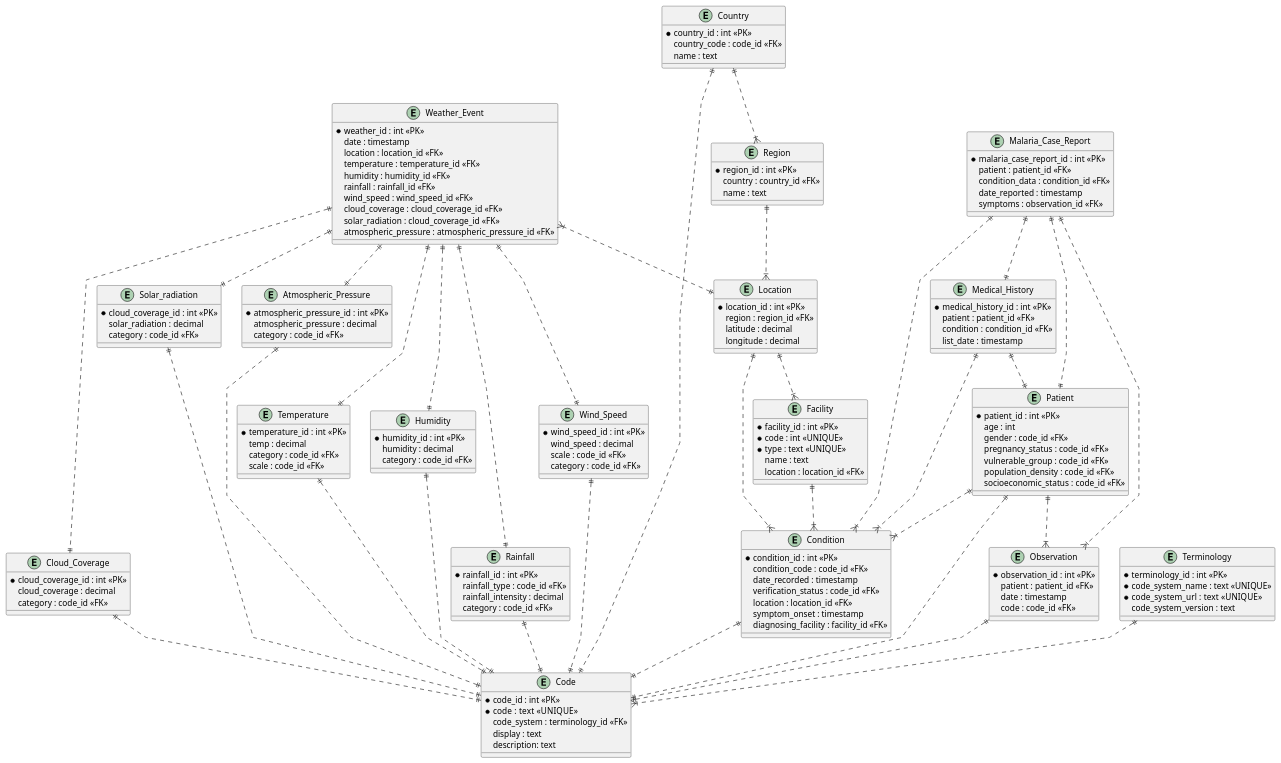
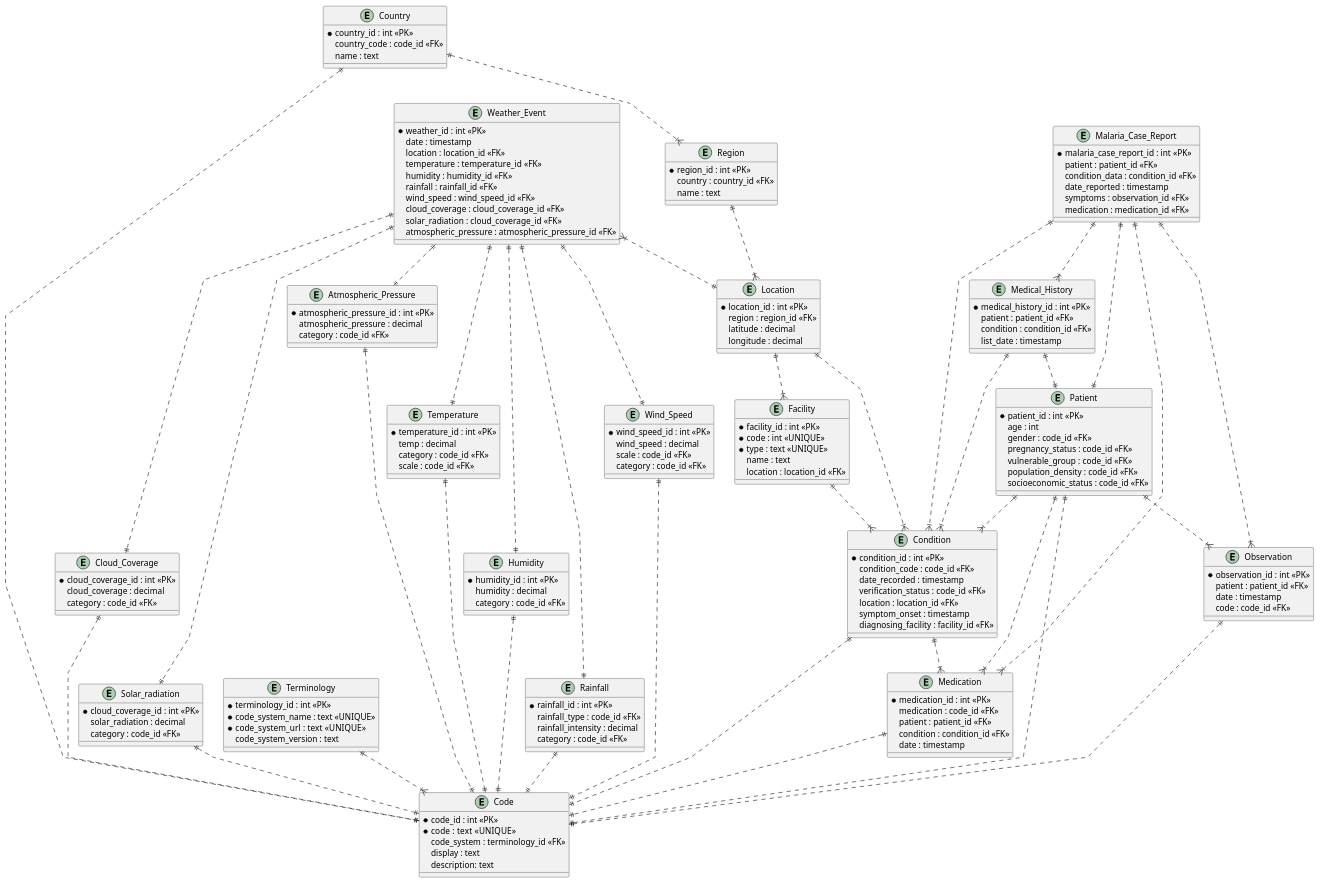
One commit to rmrlangford/One-Health changed the diagram in One Health ERD.plantuml. Above: the diagram before and after it, drawn with PlantUML.

Commit message:
Update One Health ERD.plantuml

```diff
--- a/One Health ERD.plantuml
+++ b/One Health ERD.plantuml
@@ -1,183 +1,196 @@
 @startuml
 
 ' avoid problems with angled crows feet
 'skinparam linetype ortho
 skinparam linetype polyline
 
 entity "Weather_Event" as e01 {
     *weather_id : int <<PK>>
     date : timestamp
     location : location_id <<FK>>
     temperature : temperature_id <<FK>>
     humidity : humidity_id <<FK>>
     rainfall : rainfall_id <<FK>>
     wind_speed : wind_speed_id <<FK>>
     cloud_coverage : cloud_coverage_id <<FK>>
     solar_radiation : cloud_coverage_id <<FK>>
     atmospheric_pressure : atmospheric_pressure_id <<FK>>
 }
 
 entity "Temperature" as e10 {
     *temperature_id : int <<PK>>
     temp : decimal
     category : code_id <<FK>>
     scale : code_id <<FK>>
 }
 
 entity "Location" as e02 {
     *location_id : int <<PK>>
     region : region_id <<FK>>
     latitude : decimal
     longitude : decimal
 }
 
 entity "Region" as e03 {
     *region_id : int <<PK>>
     country : country_id <<FK>>
     name : text
 }
 
 entity "Country" as e04 {
     *country_id : int <<PK>>
     country_code : code_id <<FK>>
     name : text
 }
 
 entity "Facility" as e05 {
     *facility_id : int <<PK>>
     *code : int <<UNIQUE>>
     *type : text <<UNIQUE>>
     name : text
     location : location_id <<FK>>
 }
 
 entity "Condition" as e08 {
     *condition_id : int <<PK>>
     condition_code : code_id <<FK>>
     date_recorded : timestamp
     verification_status : code_id <<FK>>
     location : location_id <<FK>>
     symptom_onset : timestamp
     diagnosing_facility : facility_id <<FK>>
 }
 
 entity "Terminology" as e13 {
     *terminology_id : int <<PK>>
     *code_system_name : text <<UNIQUE>>
     *code_system_url : text  <<UNIQUE>>
     code_system_version : text
 }
 
 entity "Code" as e14 {
     *code_id : int <<PK>>
     *code : text  <<UNIQUE>>
     code_system : terminology_id <<FK>>
     display : text
     description: text
 }
 
 entity "Humidity" as e15 {
     *humidity_id : int <<PK>>
     humidity : decimal
     category : code_id <<FK>>
 }
 
 entity "Patient" as e17 {
     *patient_id : int <<PK>>
     age : int
     gender : code_id <<FK>>
     pregnancy_status : code_id <<FK>>
     vulnerable_group : code_id <<FK>>
     population_density : code_id <<FK>>
     socioeconomic_status : code_id <<FK>>
 }
 
 entity "Rainfall" as e20 {
     *rainfall_id : int <<PK>>
     rainfall_type : code_id <<FK>>
     rainfall_intensity : decimal
     category : code_id <<FK>>
 }
 
 entity "Wind_Speed" as e23 {
     *wind_speed_id : int <<PK>>
     wind_speed : decimal
     scale : code_id <<FK>>
     category : code_id <<FK>>
 }
 
 entity "Cloud_Coverage" as e24 {
     *cloud_coverage_id : int <<PK>>
     cloud_coverage : decimal
     category : code_id <<FK>>
 }
 
 entity "Solar_radiation" as e25 {
     *cloud_coverage_id : int <<PK>>
     solar_radiation : decimal
     category : code_id <<FK>>
 }
 
 entity "Atmospheric_Pressure" as e26 {
     *atmospheric_pressure_id : int <<PK>>
     atmospheric_pressure : decimal
     category : code_id <<FK>>
 }
 
 entity "Malaria_Case_Report" as e27 {
     *malaria_case_report_id : int <<PK>>
     patient : patient_id <<FK>>
     condition_data : condition_id <<FK>>
     date_reported : timestamp
     symptoms : observation_id <<FK>>
+    medication : medication_id <<FK>>
 }
 
 entity "Observation" as e28 {
     *observation_id : int <<PK>>
     patient : patient_id <<FK>>
     date : timestamp
     code : code_id <<FK>>
 }
 
 entity "Medical_History" as e29 {
     *medical_history_id : int <<PK>>
     patient : patient_id <<FK>>
     condition : condition_id <<FK>>
     list_date : timestamp
+}
+
+entity "Medication" as e30 {
+    *medication_id : int <<PK>>
+    medication : code_id <<FK>>
+    patient : patient_id <<FK>>
+    condition : condition_id <<FK>>
+    date : timestamp
 }
 
 e01 }|..|| e02
 e03 ||..|{ e02
 e04 ||..|{ e03
 e02 ||..|{ e05
 e02 ||..|{ e08
 e05 ||..|{ e08
 e01 ||..|| e10
 e13 ||..|{ e14
 e08 ||..|| e14
 e04 ||..|| e14
 e15 ||..|| e14
 e01 ||..|| e15
 e10 ||..|| e14
 e17 ||..|| e14
 e17 ||..|{ e08
 e01 ||..|| e20
 e20 ||..|| e14
 e01 ||..|| e23
 e23 ||..|| e14
 e01 ||..|| e24
 e24 ||..|| e14
 e01 ||..|| e25
 e25 ||..|| e14
 e01 ||..|| e26
 e26 ||..|| e14
 e27 ||..|| e17
 e27 ||..|{ e08
 e17 ||..|{ e28
 e28 ||..|| e14
 e27 ||..|{ e28
 e29 ||..|{ e08
 e29 ||..|| e17
-e27 ||..|| e29
+e27 ||..|{ e29
+e27 ||..|{ e30
+e30 ||..|| e14
+e17 ||..|{ e30
+e08 ||..|{ e30
 
 @enduml
```
